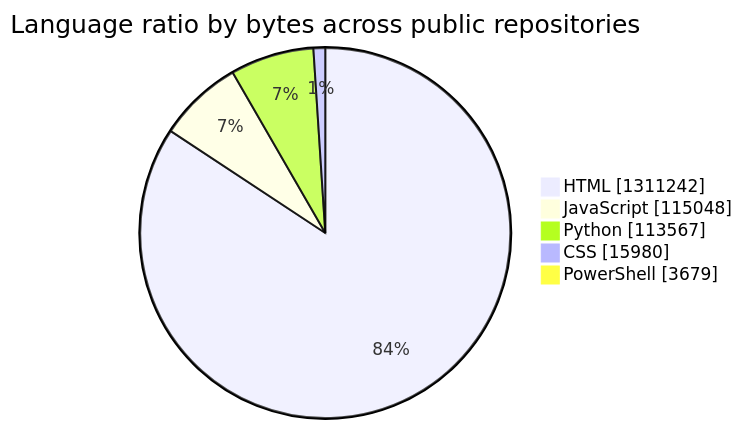
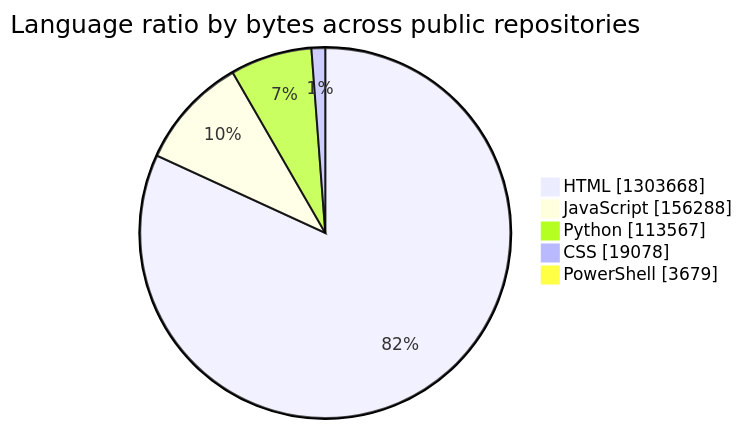
Before and after one commit to tchinso/tchinso: the first of 2 diagrams in README.md, drawn with Mermaid. The commit also changed other lines of this file, not shown here.

````diff
--- a/README.md
+++ b/README.md
@@ -28,9 +28,9 @@
 ```mermaid
 pie showData
     title Language ratio by bytes across public repositories
-    "HTML" : 1311242
-    "JavaScript" : 115048
+    "HTML" : 1303668
+    "JavaScript" : 156288
     "Python" : 113567
-    "CSS" : 15980
+    "CSS" : 19078
     "PowerShell" : 3679
 ```
````
